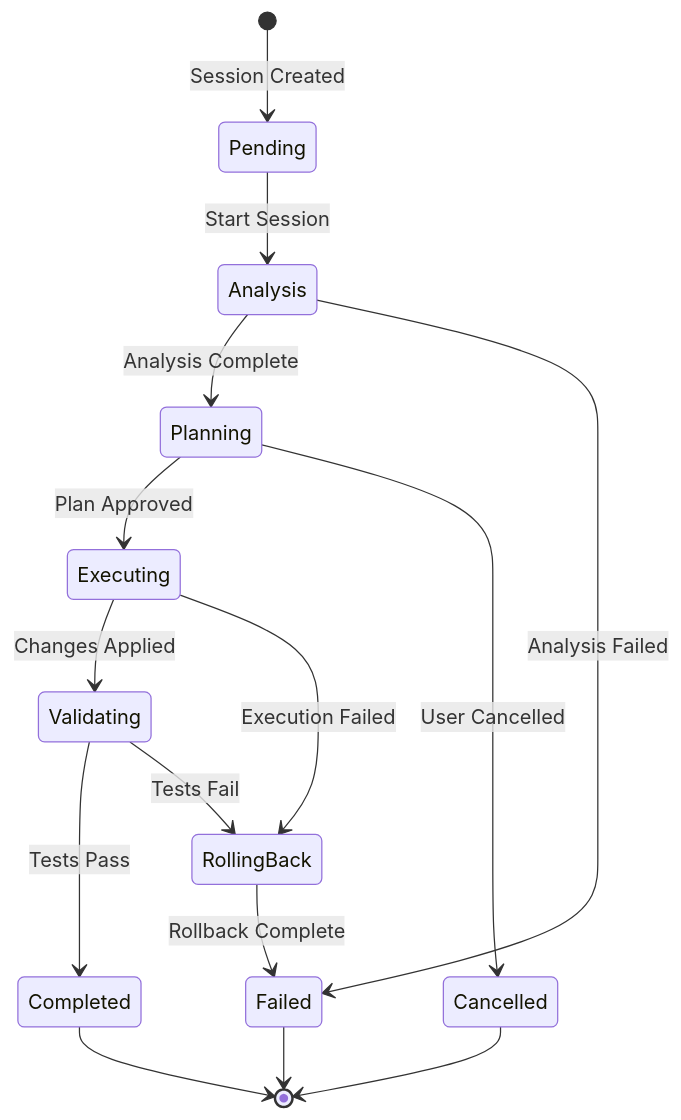
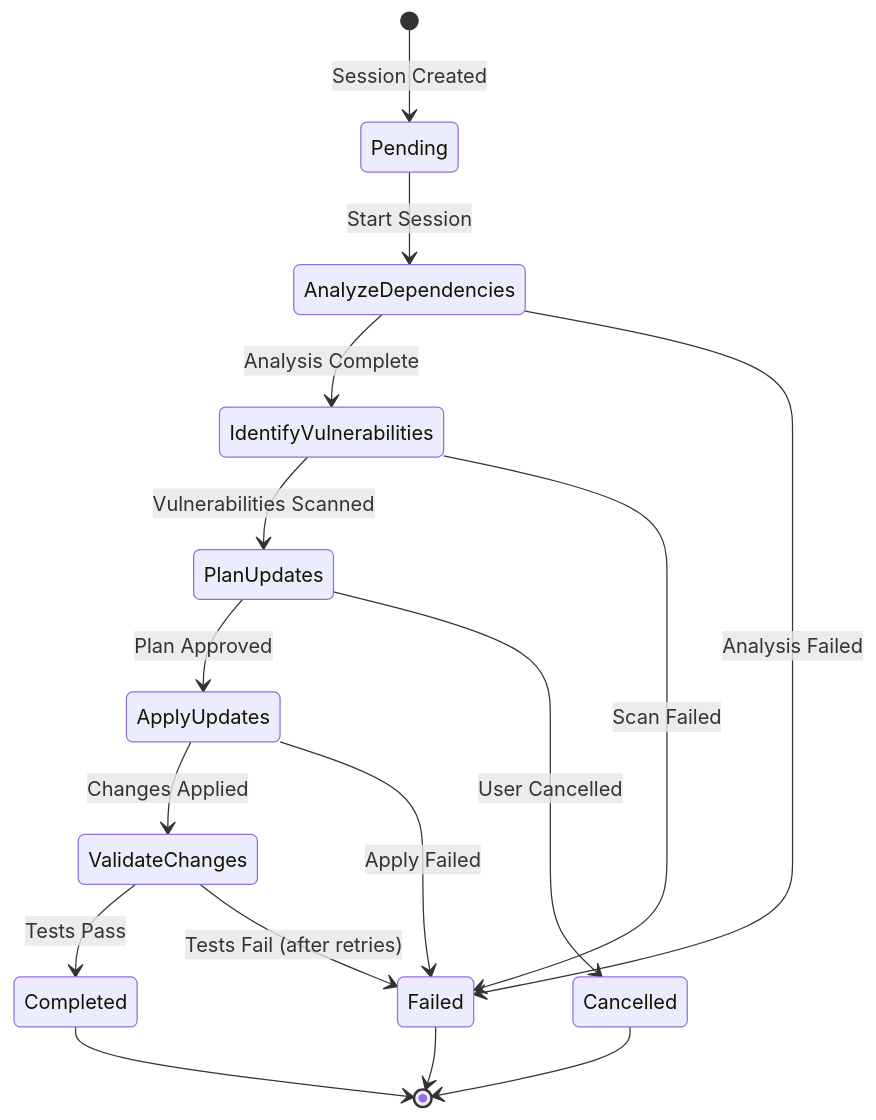
Before and after one commit to axtion-io/TestBoost: the first of 6 diagrams in docs/workflow-diagrams.md, drawn with Mermaid. The commit also changed other lines of this file and 25 other files, not shown here.

````diff
--- a/docs/workflow-diagrams.md
+++ b/docs/workflow-diagrams.md
@@ -10,24 +10,25 @@
 ```mermaid
 stateDiagram-v2
     [*] --> Pending: Session Created
 
-    Pending --> Analysis: Start Session
+    Pending --> AnalyzeDependencies: Start Session
 
-    Analysis --> Planning: Analysis Complete
-    Analysis --> Failed: Analysis Failed
+    AnalyzeDependencies --> IdentifyVulnerabilities: Analysis Complete
+    AnalyzeDependencies --> Failed: Analysis Failed
 
-    Planning --> Executing: Plan Approved
-    Planning --> Cancelled: User Cancelled
+    IdentifyVulnerabilities --> PlanUpdates: Vulnerabilities Scanned
+    IdentifyVulnerabilities --> Failed: Scan Failed
 
-    Executing --> Validating: Changes Applied
-    Executing --> RollingBack: Execution Failed
+    PlanUpdates --> ApplyUpdates: Plan Approved
+    PlanUpdates --> Cancelled: User Cancelled
 
-    Validating --> Completed: Tests Pass
-    Validating --> RollingBack: Tests Fail
+    ApplyUpdates --> ValidateChanges: Changes Applied
+    ApplyUpdates --> Failed: Apply Failed
 
-    RollingBack --> Failed: Rollback Complete
+    ValidateChanges --> Completed: Tests Pass
+    ValidateChanges --> Failed: Tests Fail (after retries)
 
     Completed --> [*]
     Failed --> [*]
     Cancelled --> [*]
 ```
````
